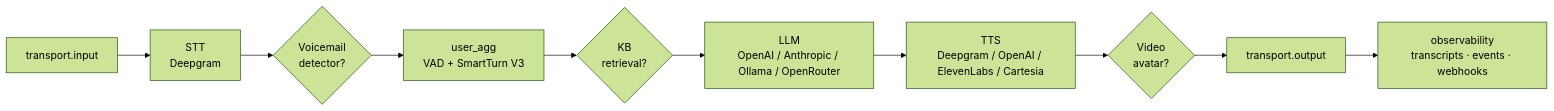
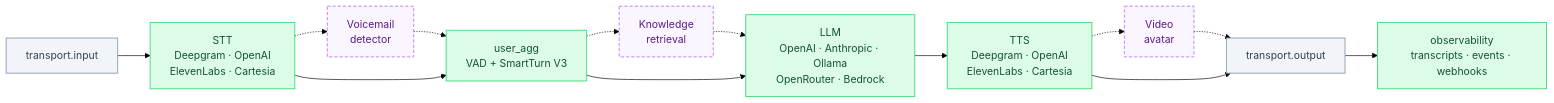
The third of 6 diagrams in docs/architecture.mdx (kobikis/turncall), drawn with Mermaid (forest theme) before and after one commit. The commit also changed other lines of this file and 6 other files, not shown here.

````diff
--- a/docs/architecture.mdx
+++ b/docs/architecture.mdx
@@ -103,12 +100,24 @@
 ```mermaid
 flowchart LR
-    IN["transport.input"] --> STT["STT<br/>Deepgram"]
-    STT --> VM1{"Voicemail<br/>detector?"}
-    VM1 --> TURN["user_agg<br/>VAD + SmartTurn V3"]
-    TURN --> KB{"KB<br/>retrieval?"}
-    KB --> LLM["LLM<br/>OpenAI / Anthropic / Ollama / OpenRouter"]
-    LLM --> TTS["TTS<br/>Deepgram / OpenAI / ElevenLabs / Cartesia"]
-    TTS --> AV{"Video<br/>avatar?"}
-    AV --> OUT["transport.output"]
+    IN["transport.input"] --> STT["STT<br/>Deepgram · OpenAI<br/>ElevenLabs · Cartesia"]
+    STT -.-> VM["Voicemail<br/>detector"]
+    VM -.-> TURN
+    STT --> TURN["user_agg<br/>VAD + SmartTurn V3"]
+    TURN -.-> KB["Knowledge<br/>retrieval"]
+    KB -.-> LLM
+    TURN --> LLM["LLM<br/>OpenAI · Anthropic · Ollama<br/>OpenRouter · Bedrock"]
+    LLM --> TTS["TTS<br/>Deepgram · OpenAI<br/>ElevenLabs · Cartesia"]
+    TTS -.-> AV["Video<br/>avatar"]
+    AV -.-> OUT
+    TTS --> OUT["transport.output"]
     OUT --> OBS["observability<br/>transcripts · events · webhooks"]
+
+    classDef client fill:#dbeafe,stroke:#60a5fa,stroke-width:1.5px,color:#1e3a8a
+    classDef vendor fill:#f1f5f9,stroke:#94a3b8,stroke-width:1.5px,color:#334155
+    classDef core fill:#dcfce7,stroke:#4ade80,stroke-width:1.5px,color:#14532d
+    classDef store fill:#fef3c7,stroke:#fbbf24,stroke-width:1.5px,color:#78350f
+    classDef optional fill:#faf5ff,stroke:#c084fc,stroke-width:1.5px,color:#581c87,stroke-dasharray:5 3
+    class IN,OUT vendor
+    class STT,TURN,LLM,TTS,OBS core
+    class VM,KB,AV optional
 ```
````
